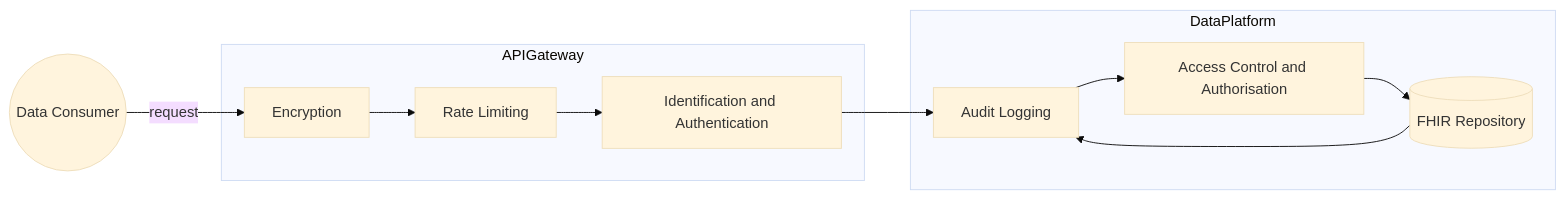
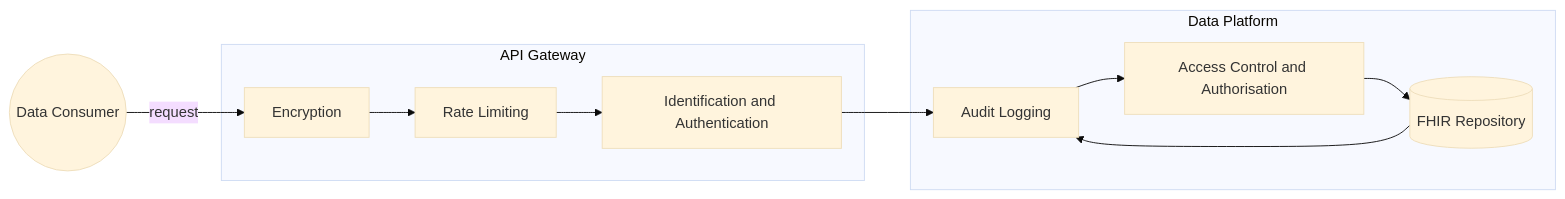
Before and after one commit to uk-gov-mirror/nw-gmsa.nw-gmsa.github.com: the first of 3 diagrams in input/pagecontent/api-security.md, drawn with Mermaid (base theme).

Commit message:
Specimen

````diff
--- a/input/pagecontent/api-security.md
+++ b/input/pagecontent/api-security.md
@@ -2,27 +2,27 @@
 ```mermaid
 graph LR;
 
 consumer((Data Consumer))
 
-subgraph APIGateway
+subgraph APIGateway[API Gateway]
     enc[Encryption]
     rate[Rate Limiting]
     id[Identification and Authentication] 
 end
 
-subgraph DataPlatform
+subgraph DataPlatform[Data Platform]
     auth[Access Control and Authorisation]
     audit1[Audit Logging]
     api[(FHIR Repository)]
 end
 
 consumer --> |request| enc
 enc --> rate
 rate --> id
 
 id --> audit1
 audit1 --> auth
 auth -->  api
 api --> audit1
 
 ```
````
